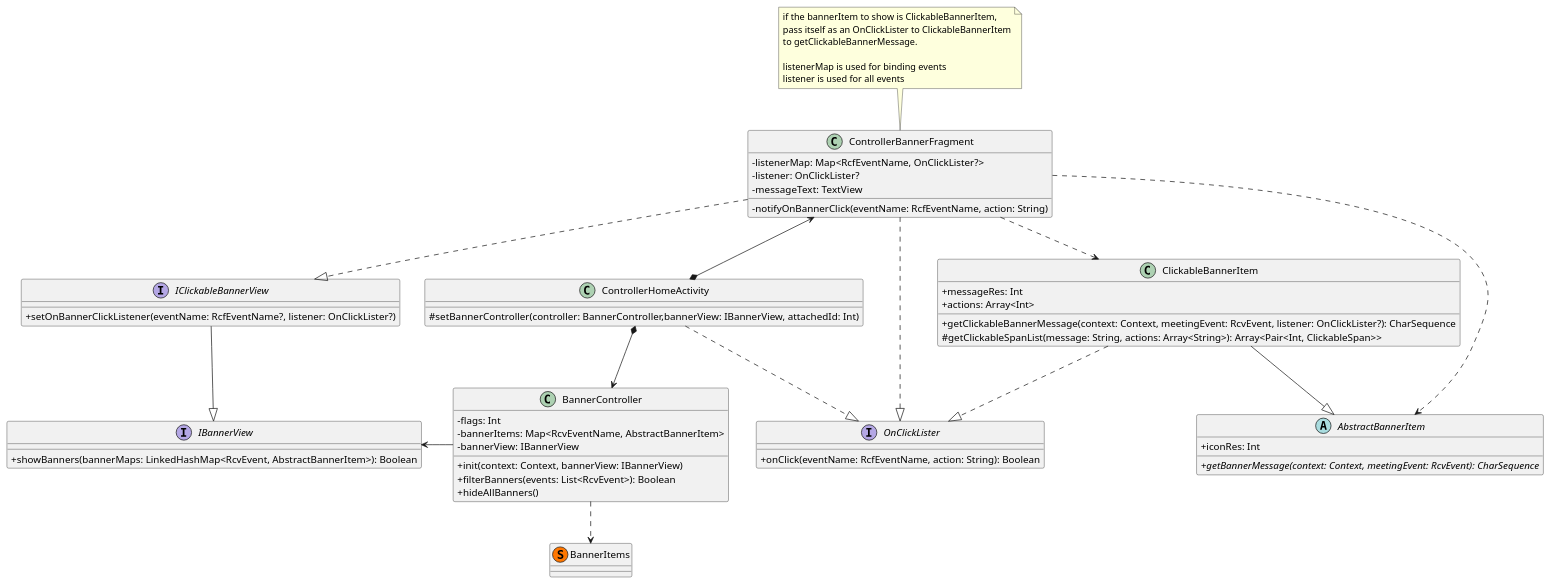
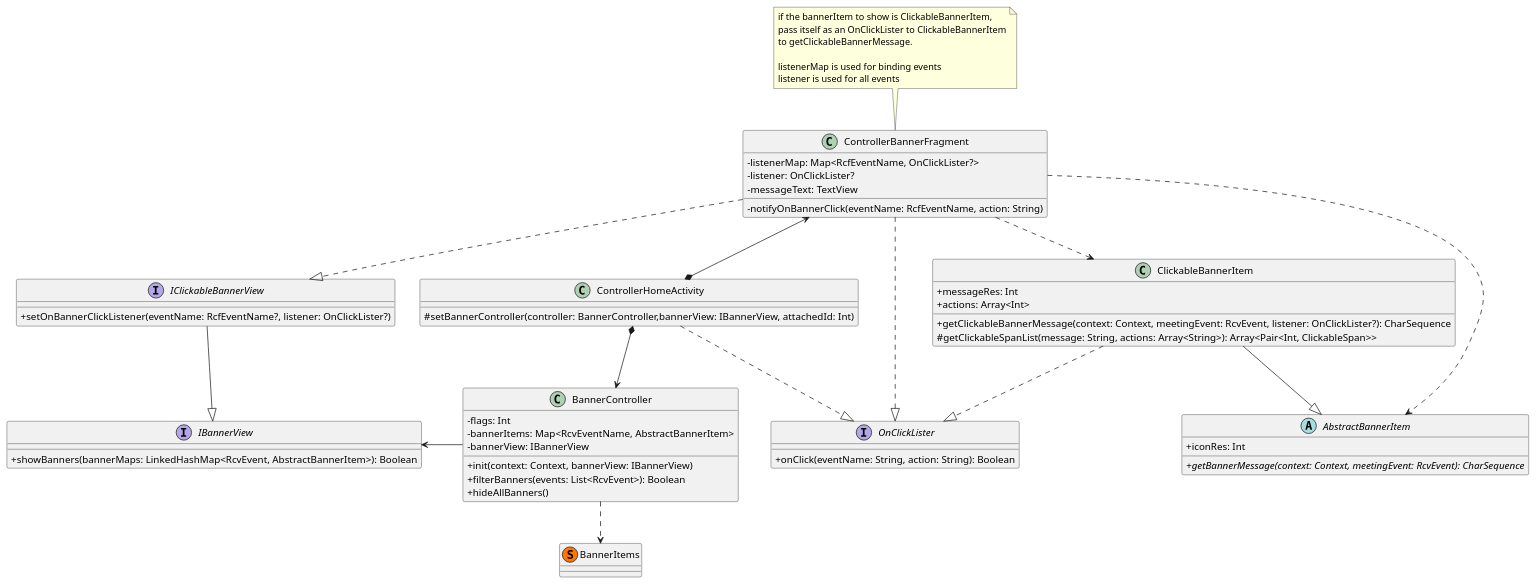
Before and after one commit to DarkSherlock/PlantUML: the diagram in uml/event/ClickableBannerClassDiagram.puml, drawn with PlantUML. The commit also changed 3 other files, not shown here.

Commit message:
update events diagram

```diff
--- a/uml/event/ClickableBannerClassDiagram.puml
+++ b/uml/event/ClickableBannerClassDiagram.puml
@@ -1,73 +1,73 @@
 @startuml
 'https://plantuml.com/class-diagram
 skinparam classAttributeIconSize 0
 
 ControllerHomeActivity *-down-> BannerController
 ControllerHomeActivity *-left-> ControllerBannerFragment
 ControllerHomeActivity ..|> OnClickLister
 
 ControllerBannerFragment ..|> IClickableBannerView
 ControllerBannerFragment ..|> OnClickLister
 ControllerBannerFragment ..> AbstractBannerItem
 ControllerBannerFragment ..> ClickableBannerItem
 
 BannerController .down.> BannerItems
 BannerController -left-> IBannerView
 
 IClickableBannerView --|> IBannerView
 ClickableBannerItem --|> AbstractBannerItem
 ClickableBannerItem ..|> OnClickLister
 
 class ControllerHomeActivity {
     # setBannerController(controller: BannerController,bannerView: IBannerView, attachedId: Int)
 }
 
 note top of ControllerBannerFragment
     if the bannerItem to show is ClickableBannerItem,
     pass itself as an OnClickLister to ClickableBannerItem
     to getClickableBannerMessage.
 
     listenerMap is used for binding events
     listener is used for all events
 end note
 class ControllerBannerFragment {
     - listenerMap: Map<RcfEventName, OnClickLister?>
     - listener: OnClickLister?
     - messageText: TextView
     - notifyOnBannerClick(eventName: RcfEventName, action: String)
 }
 
 class BannerController {
     - flags: Int
     - bannerItems: Map<RcvEventName, AbstractBannerItem>
     - bannerView: IBannerView
     + init(context: Context, bannerView: IBannerView)
     + filterBanners(events: List<RcvEvent>): Boolean
     + hideAllBanners()
 }
 
 interface IBannerView {
     + showBanners(bannerMaps: LinkedHashMap<RcvEvent, AbstractBannerItem>): Boolean
 }
 
 interface IClickableBannerView {
     + setOnBannerClickListener(eventName: RcfEventName?, listener: OnClickLister?)
 }
 
 interface OnClickLister {
-    + onClick(eventName: RcfEventName, action: String): Boolean
+    + onClick(eventName: String, action: String): Boolean
 }
 
 abstract class AbstractBannerItem {
     + iconRes: Int
     + {abstract} getBannerMessage(context: Context, meetingEvent: RcvEvent): CharSequence
 }
 
 class ClickableBannerItem {
     + messageRes: Int
     + actions: Array<Int>
     + getClickableBannerMessage(context: Context, meetingEvent: RcvEvent, listener: OnClickLister?): CharSequence
     # getClickableSpanList(message: String, actions: Array<String>): Array<Pair<Int, ClickableSpan>>
 }
 class BannerItems<< (S, #FF7700) >>
 @enduml
```
